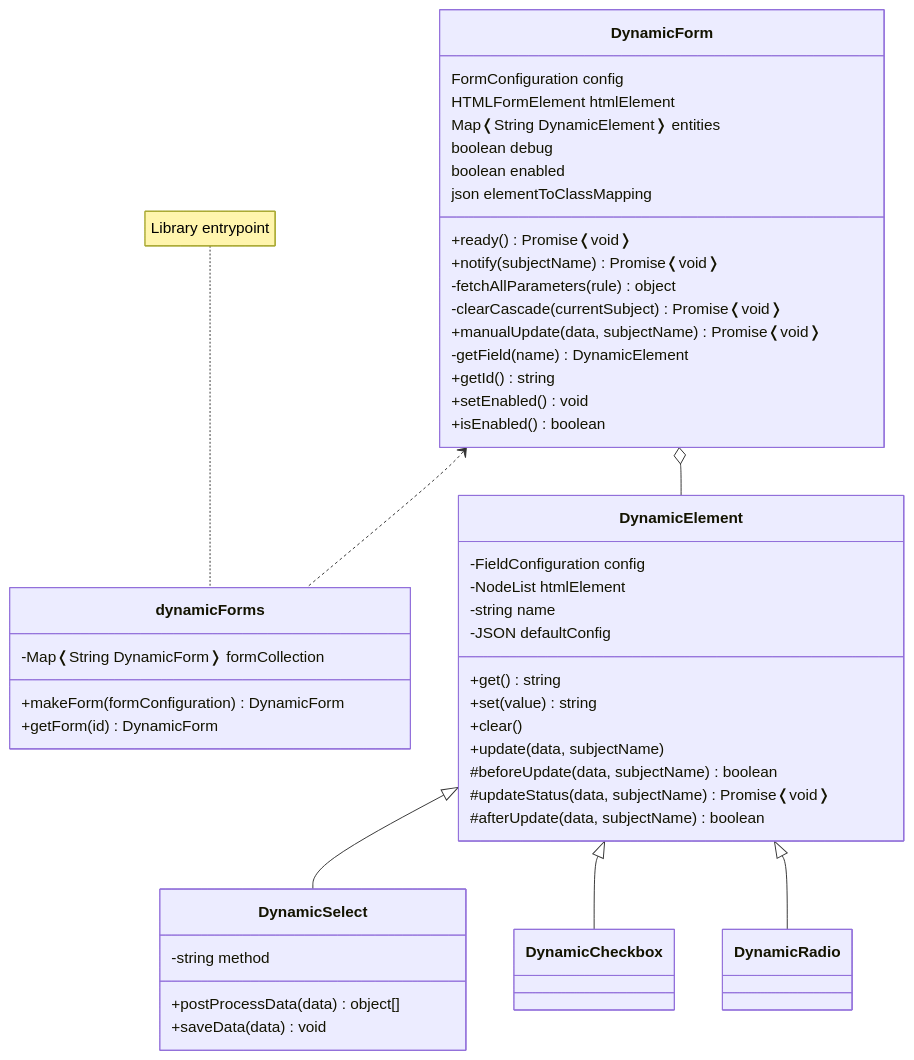
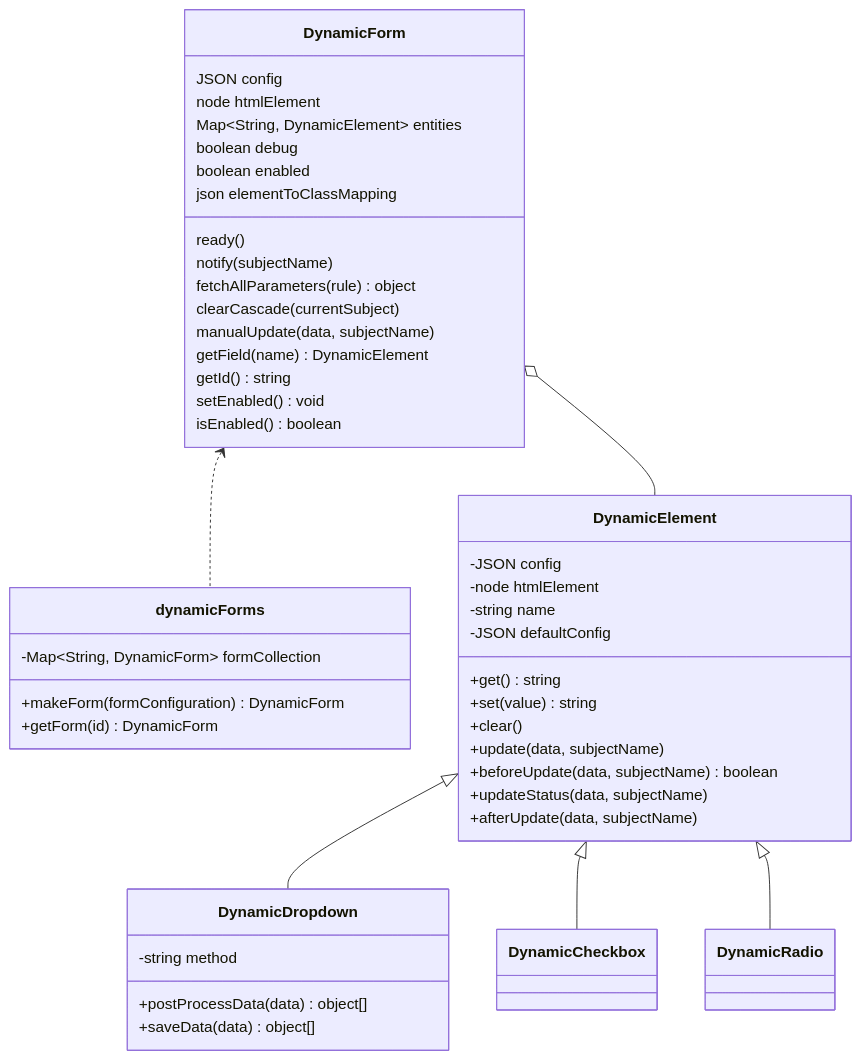
One commit to simomosi/dynamic-forms changed the diagram in docs/dev/contribute.md. Above: the diagram before and after it, drawn with Mermaid. The commit also changed 28 other files, not shown here.

````diff
--- a/docs/dev/contribute.md
+++ b/docs/dev/contribute.md
@@ -33,57 +33,55 @@
 ```mermaid
 classDiagram
 
     class DynamicForm {
-        FormConfiguration config
-        HTMLFormElement htmlElement
-        Map❬String DynamicElement❭ entities
+        JSON config
+        node htmlElement
+        Map~String, DynamicElement~ entities
         boolean debug
         boolean enabled
         json elementToClassMapping
 
-        +ready() Promise❬void❭
-        +notify(subjectName) Promise❬void❭
-        -fetchAllParameters(rule) object
-        -clearCascade(currentSubject) Promise❬void❭
-        +manualUpdate(data, subjectName) Promise❬void❭
-        -getField(name) DynamicElement
-        +getId() string
-        +setEnabled() void
-        +isEnabled() boolean
+        ready()
+        notify(subjectName)
+        fetchAllParameters(rule) object
+        clearCascade(currentSubject)
+        manualUpdate(data, subjectName)
+        getField(name) DynamicElement
+        getId() string
+        setEnabled() void
+        isEnabled() boolean
     }
 
     class dynamicForms {
-        -Map❬String DynamicForm❭ formCollection
+        -Map~String, DynamicForm~ formCollection
         +makeForm(formConfiguration) DynamicForm
         +getForm(id) DynamicForm
     }
 
-    note for dynamicForms "Library entrypoint"
-
     class DynamicElement {
-        -FieldConfiguration config
-        -NodeList htmlElement
+        -JSON config
+        -node htmlElement
         -string name
         -JSON defaultConfig
         +get() string
         +set(value) string
         +clear()
         +update(data, subjectName)
-        #beforeUpdate(data, subjectName) boolean
-        #updateStatus(data, subjectName) Promise❬void❭
-        #afterUpdate(data, subjectName) boolean
+        +beforeUpdate(data, subjectName) boolean
+        +updateStatus(data, subjectName)
+        +afterUpdate(data, subjectName)
     }
 
-    class DynamicSelect {
+    class DynamicDropdown {
         -string method
         +postProcessData(data) object[]
-        +saveData(data) void
+        +saveData(data) object[]
     }
 
     DynamicForm <.. dynamicForms
     DynamicForm o-- DynamicElement
-    DynamicElement <|-- DynamicSelect
+    DynamicElement <|-- DynamicDropdown
     DynamicElement <|-- DynamicCheckbox
     DynamicElement <|-- DynamicRadio
 
 ```
````
